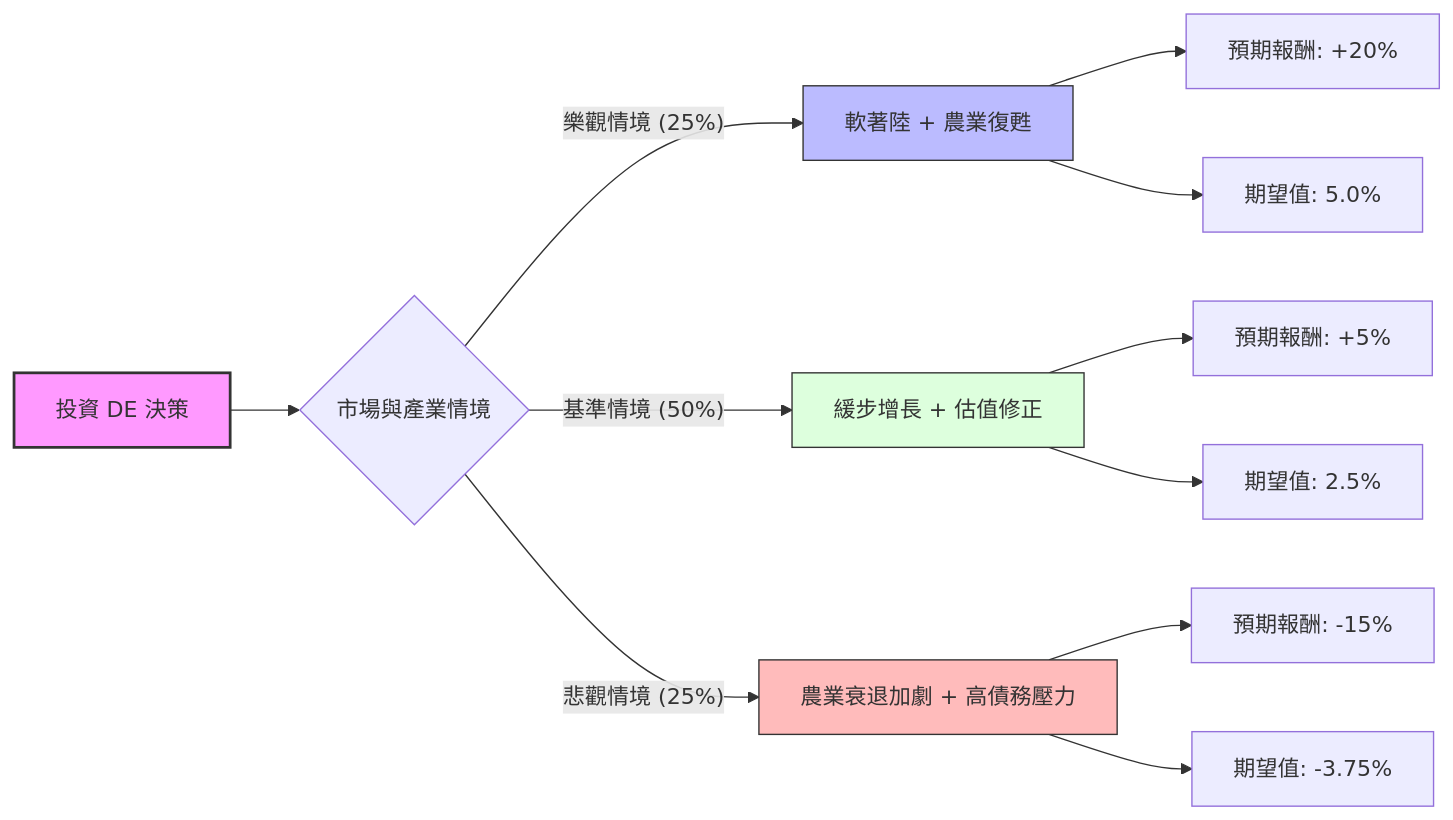
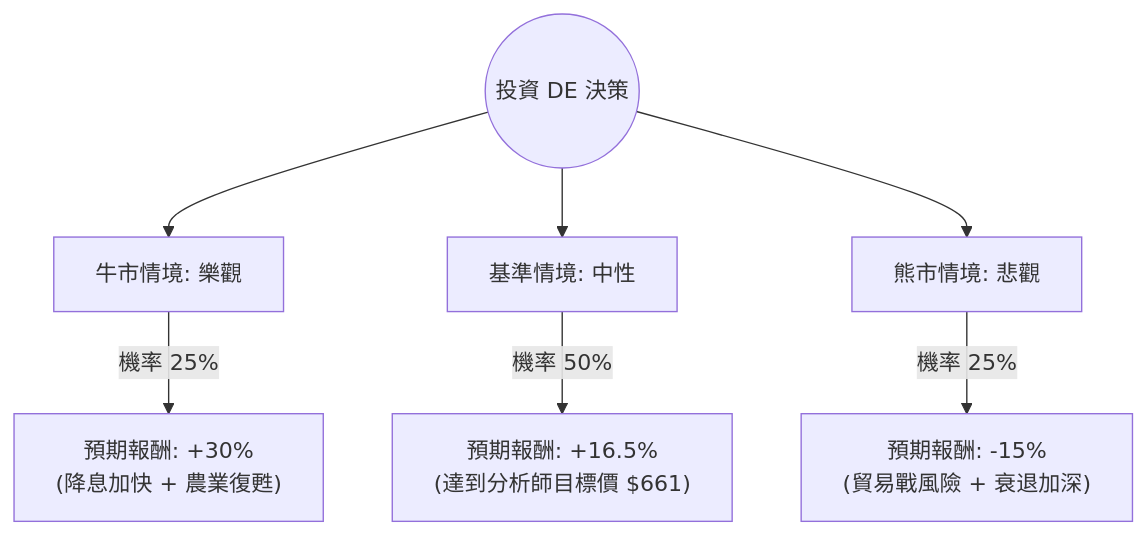
The diagram in plugin-react/ai-analysis/ev-analysis/DE.md (zmcx16/zmcx16.github.io), drawn with Mermaid before and after one commit. The commit also changed other lines of this file and 75 other files, not shown here.

````diff
--- a/plugin-react/ai-analysis/ev-analysis/DE.md
+++ b/plugin-react/ai-analysis/ev-analysis/DE.md
@@ -19,21 +19,10 @@
 ```mermaid
-graph LR
-    A[投資 DE 決策] --> B{市場與產業情境}
-    
-    B -- 樂觀情境 (25%) --> C[軟著陸 + 農業復甦]
-    C --> C1[預期報酬: +20%]
-    C --> C2[期望值: 5.0%]
+graph TD
+    Start((投資 DE 決策)) --> Bull[牛市情境: 樂觀]
+    Start --> Base[基準情境: 中性]
+    Start --> Bear[熊市情境: 悲觀]
 
-    B -- 基準情境 (50%) --> D[緩步增長 + 估值修正]
-    D --> D1[預期報酬: +5%]
-    D --> D2[期望值: 2.5%]
-
-    B -- 悲觀情境 (25%) --> E[農業衰退加劇 + 高債務壓力]
-    E --> E1[預期報酬: -15%]
-    E --> E2[期望值: -3.75%]
-
-    style A fill:#f9f,stroke:#333,stroke-width:2px
-    style C fill:#bbf,stroke:#333
-    style D fill:#dfd,stroke:#333
-    style E fill:#fbb,stroke:#333
+    Bull -- "機率 25%" --> BullVal["預期報酬: +30% <br/> (降息加快 + 農業復甦)"]
+    Base -- "機率 50%" --> BaseVal["預期報酬: +16.5% <br/> (達到分析師目標價 $661)"]
+    Bear -- "機率 25%" --> BearVal["預期報酬: -15% <br/> (貿易戰風險 + 衰退加深)"]
 ```
````
